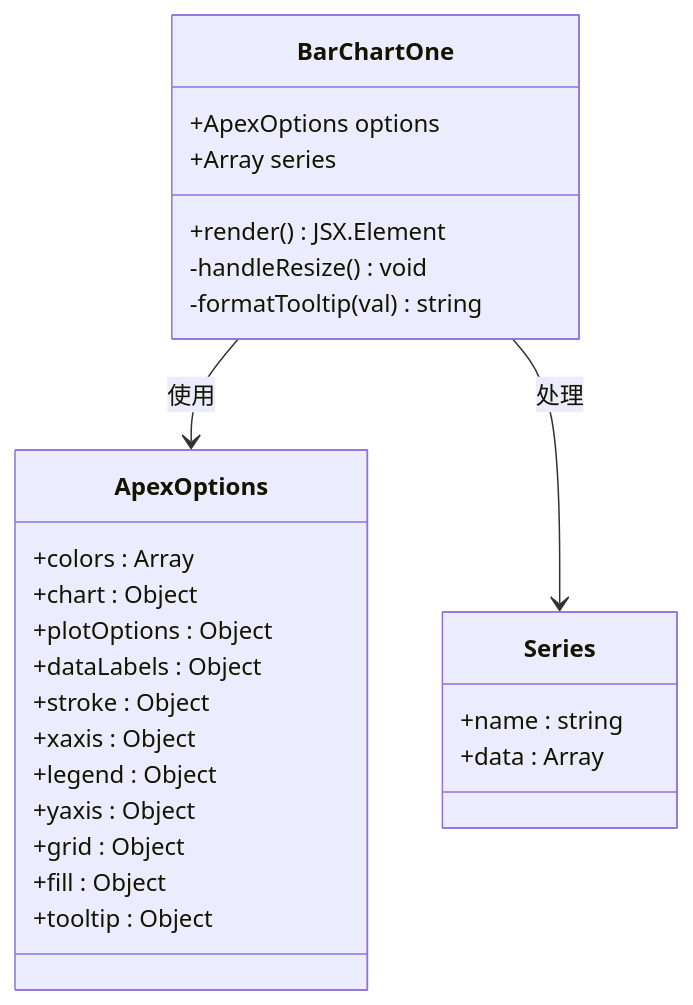
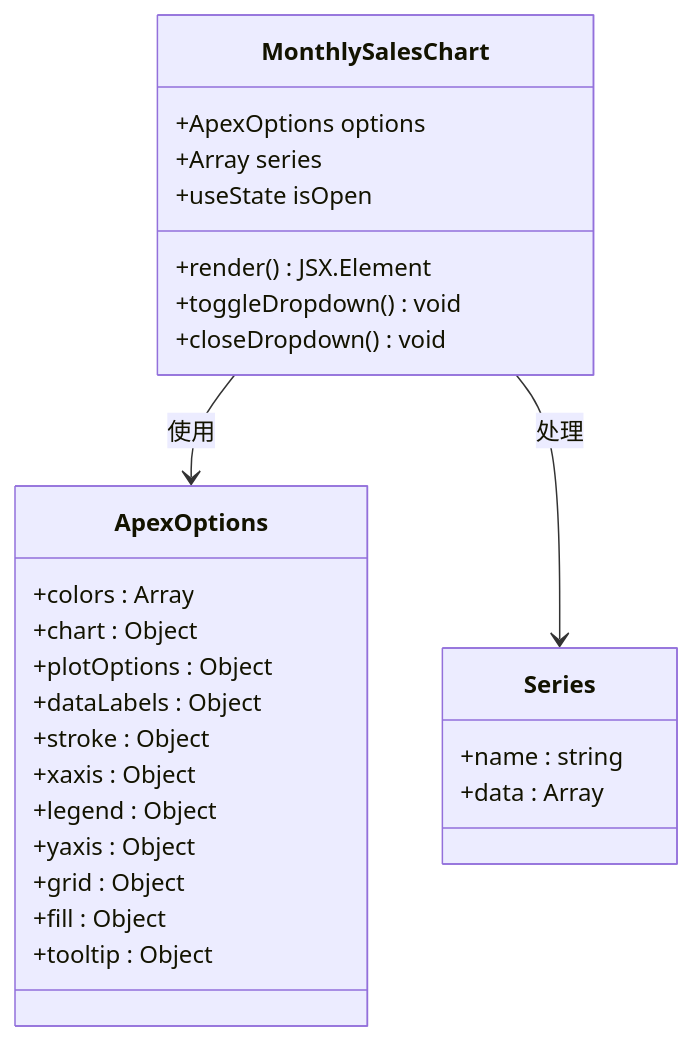
Before and after one commit to HAOFUYANG/nextjs-admin: the third of 9 diagrams in .qoder/repowiki/zh/content/页面路由系统/页面类型组织结构/图表页面.md, drawn with Mermaid. The commit also changed other lines of this file and 36 other files, not shown here.

````diff
--- a/.qoder/repowiki/zh/content/页面路由系统/页面类型组织结构/图表页面.md
+++ b/.qoder/repowiki/zh/content/页面路由系统/页面类型组织结构/图表页面.md
@@ -160,29 +158,30 @@
 ```mermaid
 classDiagram
-class BarChartOne {
+class MonthlySalesChart {
 +ApexOptions options
 +Array series
++useState isOpen
 +render() JSX.Element
--handleResize() void
--formatTooltip(val) string
++toggleDropdown() void
++closeDropdown() void
 }
 class ApexOptions {
 +colors : Array
 +chart : Object
 +plotOptions : Object
 +dataLabels : Object
 +stroke : Object
 +xaxis : Object
 +legend : Object
 +yaxis : Object
 +grid : Object
 +fill : Object
 +tooltip : Object
 }
 class Series {
 +name : string
 +data : Array
 }
-BarChartOne --> ApexOptions : 使用
-BarChartOne --> Series : 处理
+MonthlySalesChart --> ApexOptions : 使用
+MonthlySalesChart --> Series : 处理
 ```
````
